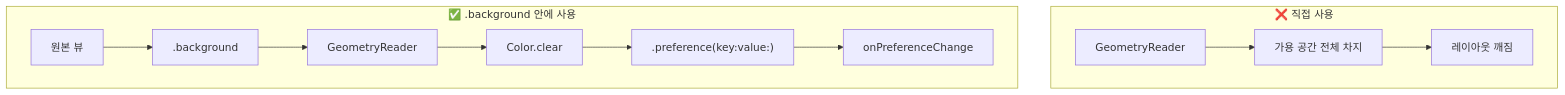
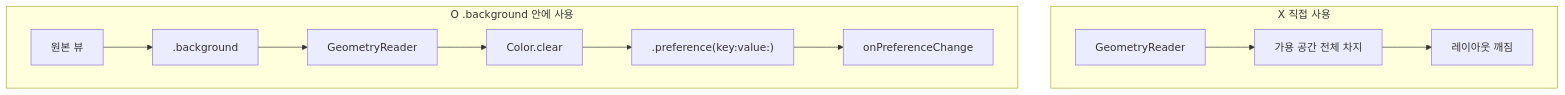
Before and after one commit to jsonpassion/forge-tutorial-swift: the third of 4 diagrams in 11-advanced-swiftui/03-preference-geometry.md, drawn with Mermaid. The commit also changed other lines of this file and 69 other files, not shown here.

````diff
--- a/11-advanced-swiftui/03-preference-geometry.md
+++ b/11-advanced-swiftui/03-preference-geometry.md
@@ -165,14 +165,14 @@
 ```mermaid
 flowchart TD
-    subgraph 위험["❌ 직접 사용"]
+    subgraph 위험["X 직접 사용"]
         GR1["GeometryReader"] --> V1["가용 공간 전체 차지"]
         V1 --> L1["레이아웃 깨짐"]
     end
-    subgraph 안전["✅ .background 안에 사용"]
+    subgraph 안전["O .background 안에 사용"]
         TV["원본 뷰"] --> BG[".background"]
         BG --> GR2["GeometryReader"]
         GR2 --> CL["Color.clear"]
         CL --> PK[".preference(key:value:)"]
         PK --> OP["onPreferenceChange"]
     end
 ```
````
